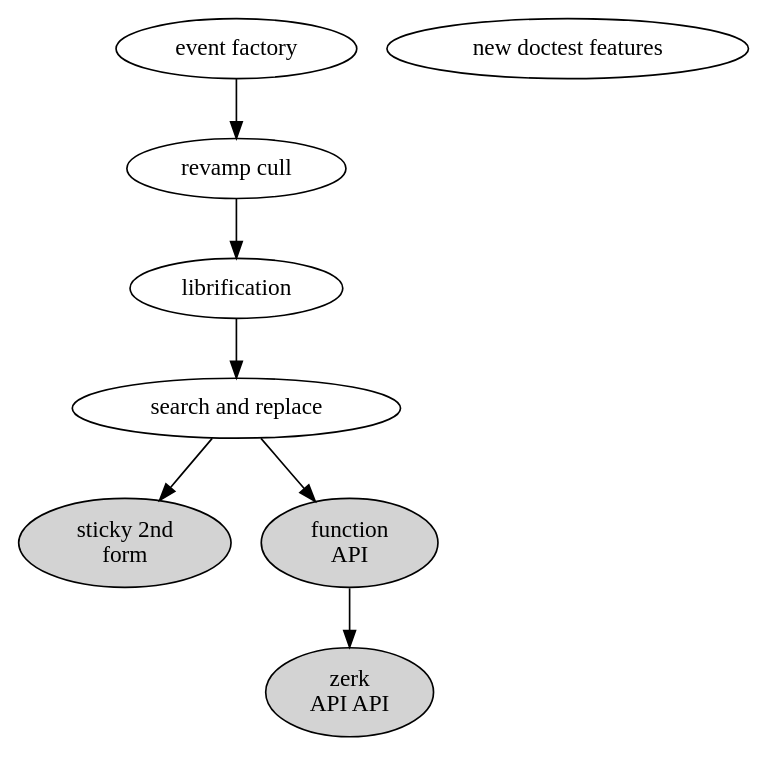
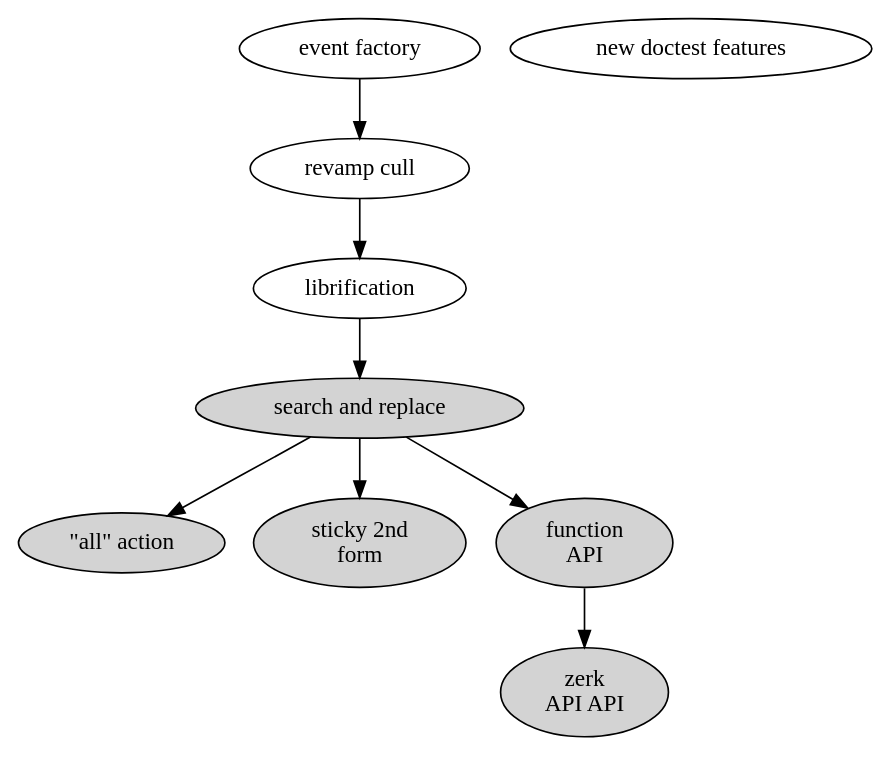
The diagram in doc/the-big-picture-of-now-02.dot (hipe/tmx), drawn with Graphviz before and after one commit. The commit also changed 22 other files, not shown here.

First line of the commit message:
[br] SEARCH AND REPLACE IS KEWEL. (.. 2571)

```diff
--- a/doc/the-big-picture-of-now-02.dot
+++ b/doc/the-big-picture-of-now-02.dot
@@ -1,25 +1,28 @@
 digraph {
 
   lib [label="librification"]
 
   dct [label="new doctest features"]
 
   ev [label="event factory"]
 
   cu [label="revamp cull"]
 
-  sr [label="search and replace"]
+  sr [label="search and replace" style=filled]
+
+  al [label="\"all\" action" style=filled]
 
   st [label="sticky 2nd\nform" style=filled]
 
   fu [label="function\nAPI" style=filled]
 
   API [label="zerk\nAPI API" style=filled]
 
   cu->lib
   ev->cu
   lib->sr
   sr->st
   sr->fu
   fu->API
+  sr->al
 }
```
